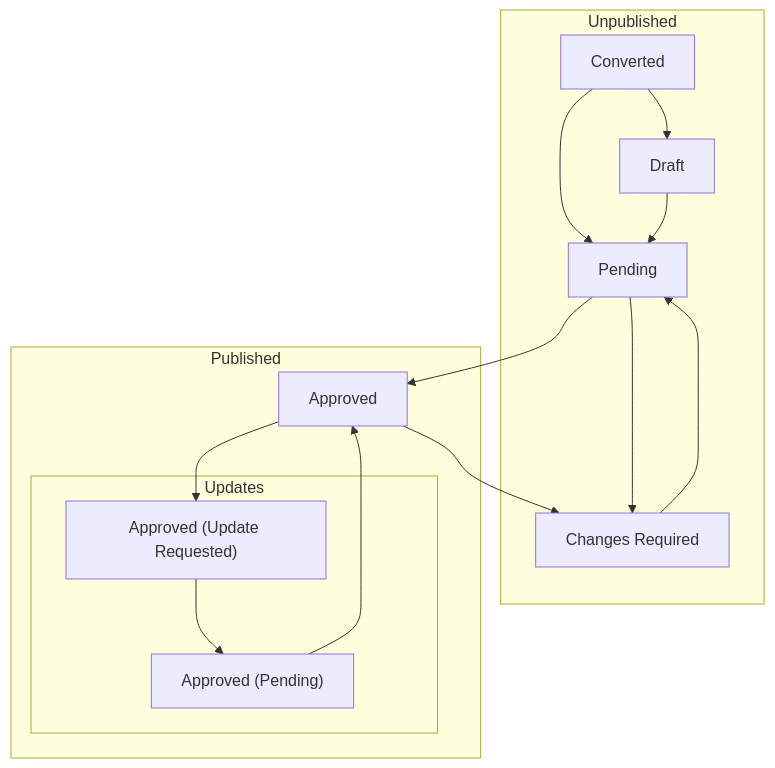
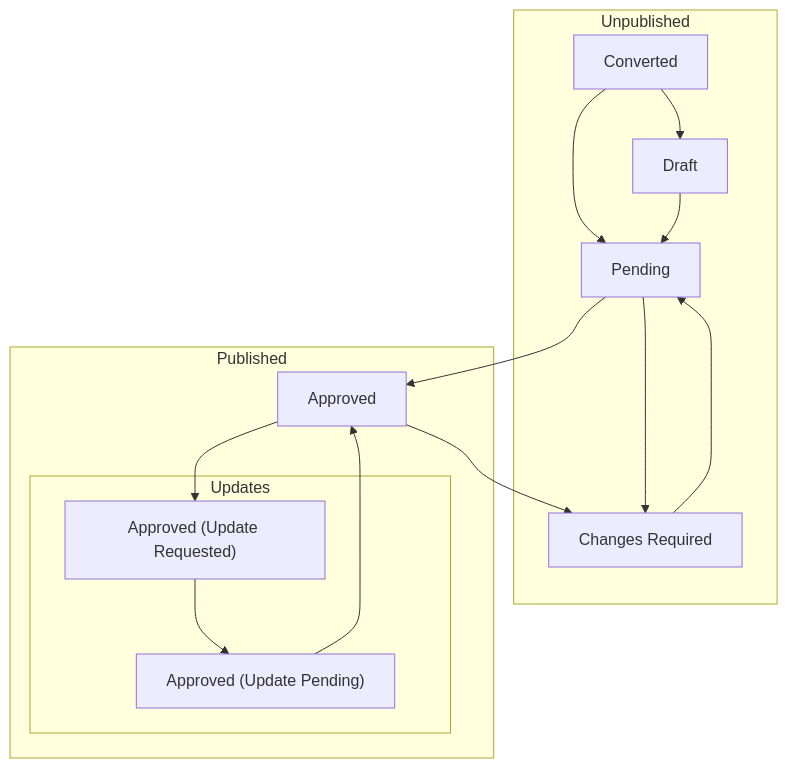
One commit to opendp/deployments-registry-data changed the diagram in README.md. Above: the diagram before and after it, drawn with Mermaid.

Commit message:
Update README.md
minor edit

````diff
--- a/README.md
+++ b/README.md
@@ -20,18 +20,18 @@
 ```mermaid
 graph TD
     subgraph Unpublished
         Converted --> Draft
         Converted --> Pending
         Draft --> Pending
         Pending --> Changes["Changes Required"] --> Pending
     end
     subgraph Published
         subgraph Updates
-            Update["Approved (Update Requested)"] --> Repending["Approved (Pending)"]
+            Update["Approved (Update Requested)"] --> Repending["Approved (Update Pending)"]
         end
         Approved --> Update["Approved (Update Requested)"] 
         Repending --> Approved
     end
     Pending --> Approved
     Approved --> Changes
 ```
````
